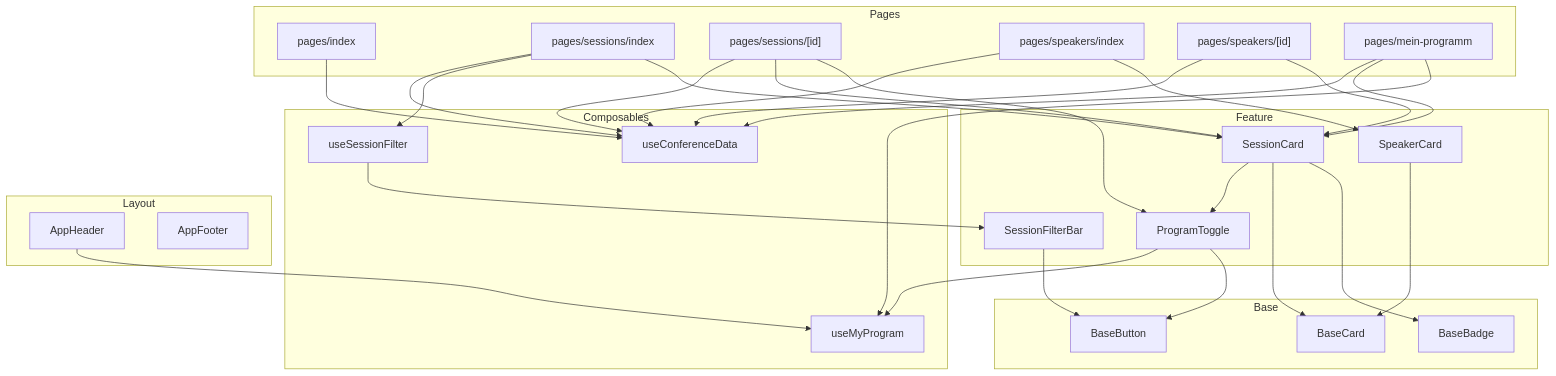
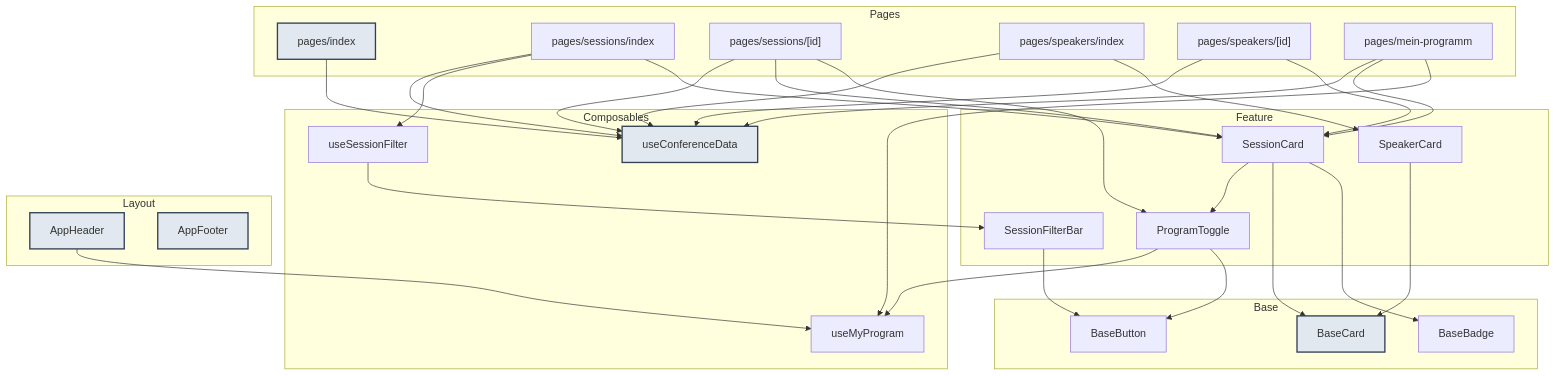
One commit to iamfynz/nextgenwebfe-frontrow changed the diagram in docs/schritt1/02-architektur-adr.md. Above: the diagram before and after it, drawn with Mermaid. The commit also changed other lines of this file and 4 other files, not shown here.

````diff
--- a/docs/schritt1/02-architektur-adr.md
+++ b/docs/schritt1/02-architektur-adr.md
@@ -71,43 +74,45 @@
 ```mermaid
 flowchart TD
   subgraph Pages
     P1[pages/index]
     P2[pages/sessions/index]
     P3["pages/sessions/[id]"]
     P4[pages/speakers/index]
     P5["pages/speakers/[id]"]
     P6[pages/mein-programm]
   end
   subgraph Composables
     C1[useConferenceData]
     C2[useSessionFilter]
     C3[useMyProgram]
   end
   subgraph Feature
     F1[SessionCard]
     F2[SessionFilterBar]
     F3[SpeakerCard]
     F4[ProgramToggle]
   end
   subgraph Base
     B1[BaseCard]
     B2[BaseBadge]
     B3[BaseButton]
   end
   subgraph Layout
     L1[AppHeader]
     L2[AppFooter]
   end
   P1 & P2 & P3 & P4 & P5 & P6 --> C1
   P2 --> C2 --> F2
   P2 & P3 & P5 & P6 --> F1
   P4 --> F3
   F1 --> F4 --> C3
   P3 --> F4
   P6 --> C3
   L1 --> C3
   F1 --> B1 & B2
   F3 --> B1
   F2 --> B3
   F4 --> B3
+  classDef done fill:#e2e8f0,stroke:#334155,stroke-width:2px
+  class P1,C1,B1,L1,L2 done
 ```
````
